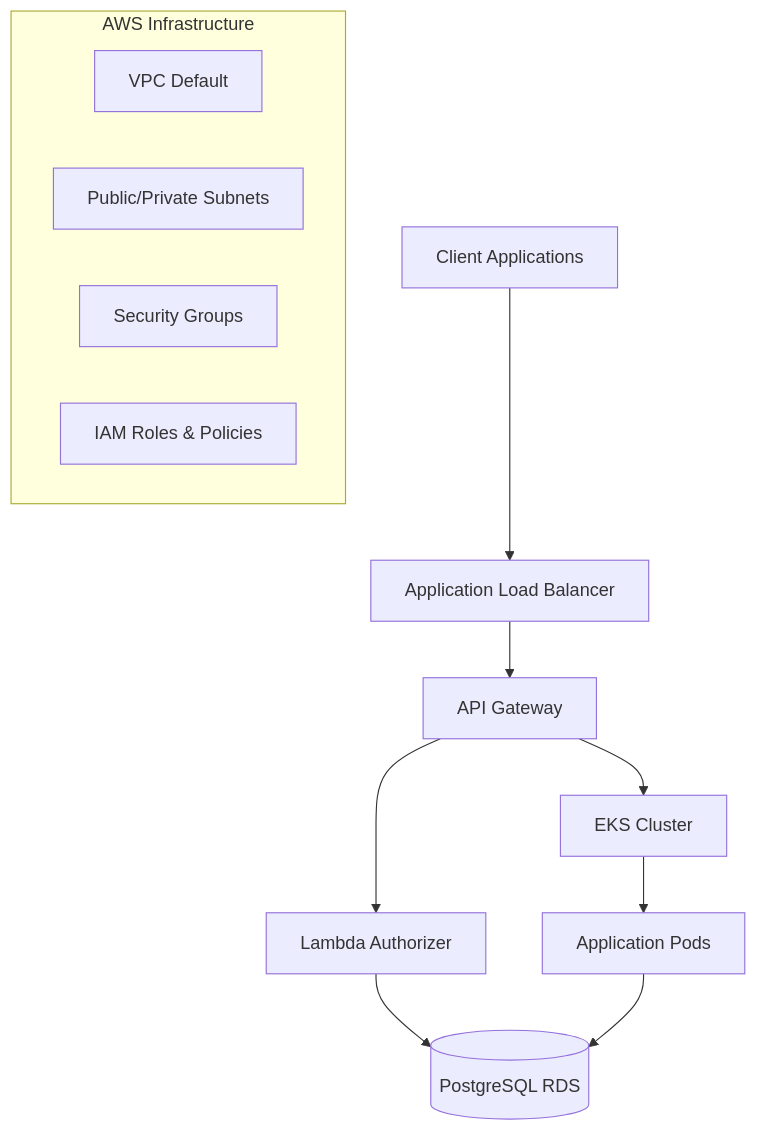
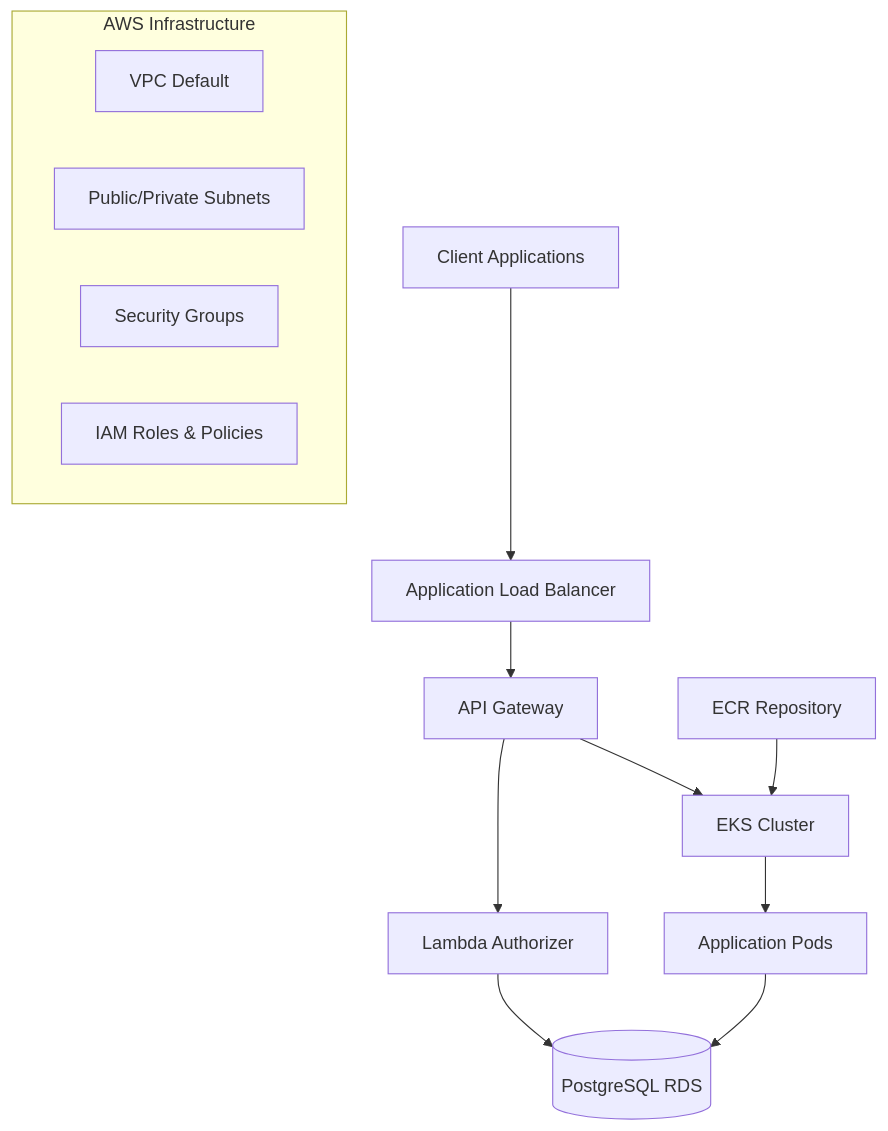
The first of 3 diagrams in README.md (FIAP-Tech-Challange/infra-k8s-terraform), drawn with Mermaid before and after one commit. The commit also changed other lines of this file, not shown here.

First line of the commit message:
Integrate ECR module and update README

````diff
--- a/README.md
+++ b/README.md
@@ -9,17 +9,18 @@
 ```mermaid
 graph TB
     Client[Client Applications] --> ALB[Application Load Balancer]
     ALB --> APIGW[API Gateway]
     APIGW --> AUTH[Lambda Authorizer]
     AUTH --> RDS[(PostgreSQL RDS)]
     APIGW --> EKS[EKS Cluster]
     EKS --> PODS[Application Pods]
     PODS --> RDS
+    ECR[ECR Repository] --> EKS
 
     subgraph "AWS Infrastructure"
         VPC[VPC Default]
         SUBNETS[Public/Private Subnets]
         SG[Security Groups]
         IAM[IAM Roles & Policies]
     end
 ```
````
